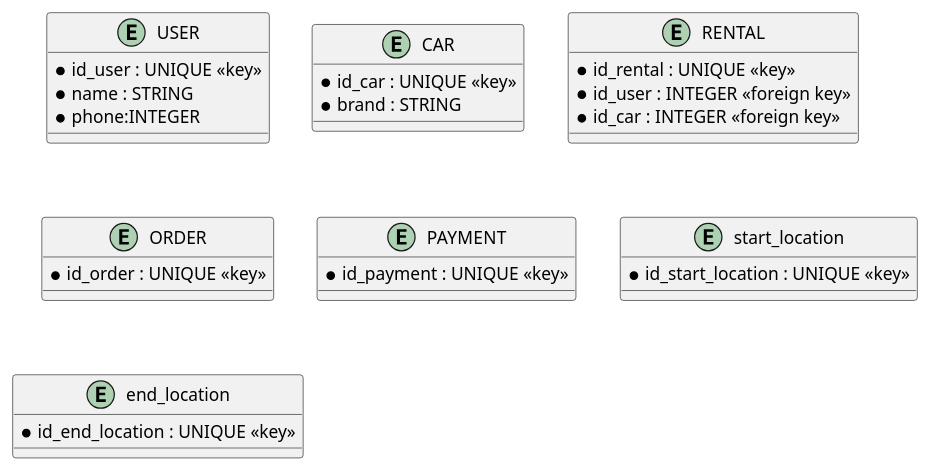
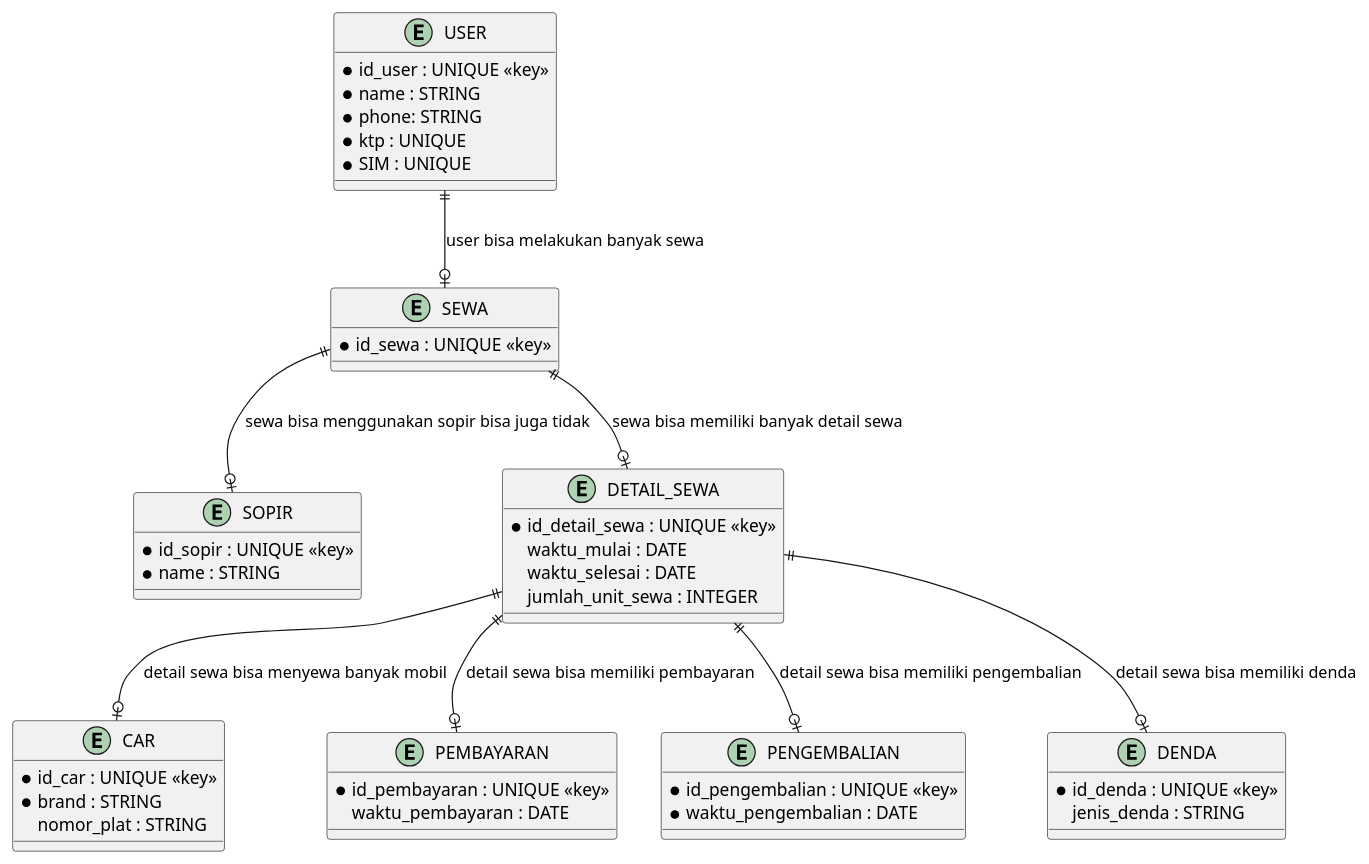
Before and after one commit to SexyCod3/ERD-with-PlantUML: the diagram in arch-db-rental.puml, drawn with PlantUML.

Commit message:
Update ERD arsitektur database rental mobil

```diff
--- a/arch-db-rental.puml
+++ b/arch-db-rental.puml
@@ -1,43 +1,63 @@
 @startuml arch-db-rental
 
 entity USER{
 *id_user : UNIQUE <<key>>
 *name : STRING
-*phone:INTEGER
+*phone: STRING
+*ktp : UNIQUE
+*SIM : UNIQUE
 }
 
 entity CAR{
 *id_car : UNIQUE <<key>>
 *brand : STRING
-
+nomor_plat : STRING
 
 }
 
-entity RENTAL{
-*id_rental : UNIQUE <<key>>
-*id_user : INTEGER <<foreign key>>
-*id_car : INTEGER <<foreign key>>
+entity SOPIR{
+*id_sopir : UNIQUE <<key>>
+*name : STRING
+
 }
 
-entity ORDER{
-*id_order : UNIQUE <<key>>
+entity SEWA{
+*id_sewa : UNIQUE <<key>>
+}
+
+entity DETAIL_SEWA{
+*id_detail_sewa : UNIQUE <<key>>
+waktu_mulai : DATE
+waktu_selesai : DATE
+jumlah_unit_sewa : INTEGER
 }
 
 
-entity PAYMENT{
-*id_payment : UNIQUE <<key>>
+entity PEMBAYARAN{
+*id_pembayaran : UNIQUE <<key>>
+waktu_pembayaran : DATE
 }
 
-entity start_location{
-*id_start_location : UNIQUE <<key>>
+
+entity PENGEMBALIAN{
+*id_pengembalian : UNIQUE <<key>>
+*waktu_pengembalian : DATE
 }
 
-entity end_location{
-*id_end_location : UNIQUE <<key>>
+entity DENDA{
+*id_denda : UNIQUE <<key>>
+jenis_denda : STRING
 }
 
 
 
+SEWA ||--o|SOPIR : "sewa bisa menggunakan sopir bisa juga tidak"
+SEWA ||--o|DETAIL_SEWA : "sewa bisa memiliki banyak detail sewa"
+DETAIL_SEWA ||--o|CAR : "detail sewa bisa menyewa banyak mobil"
+DETAIL_SEWA ||--o|PEMBAYARAN : "detail sewa bisa memiliki pembayaran"
+DETAIL_SEWA ||--o|PENGEMBALIAN : "detail sewa bisa memiliki pengembalian"
+DETAIL_SEWA ||--o|DENDA : "detail sewa bisa memiliki denda"
+USER ||--o|SEWA : "user bisa melakukan banyak sewa"
 
 
 @enduml
```
